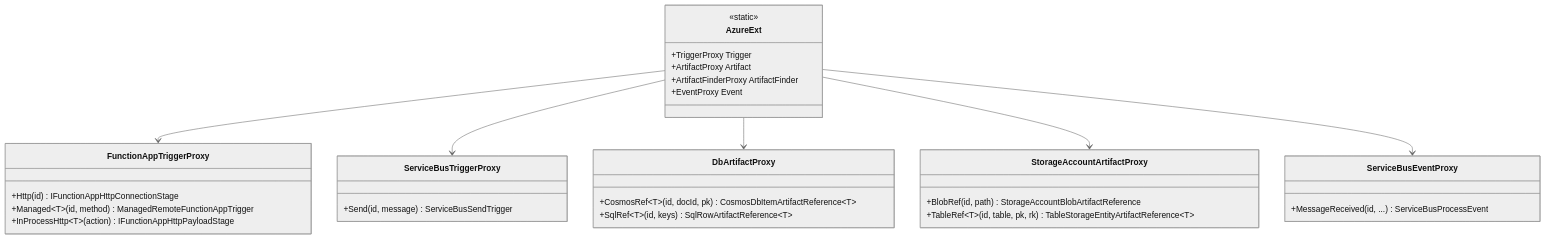
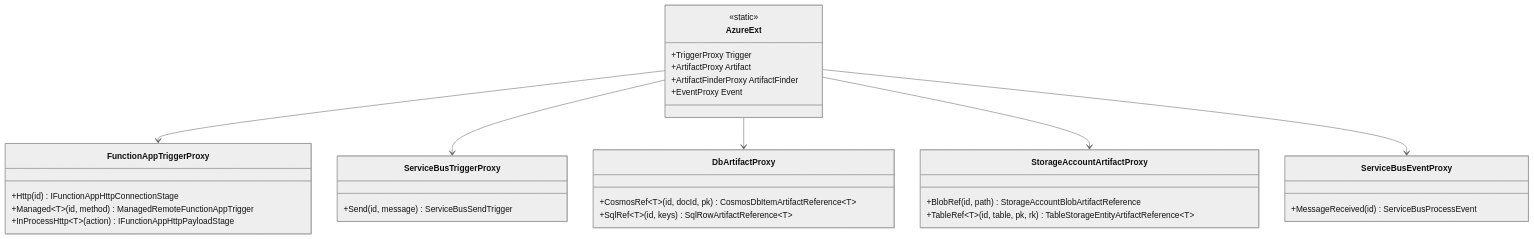
The fourth of 17 diagrams in Documentation/Arc42.md (DeadMoon0/TestFramework-Azure), drawn with Mermaid (neutral theme) before and after one commit. The commit also changed other lines of this file and 43 other files, not shown here.

````diff
--- a/Documentation/Arc42.md
+++ b/Documentation/Arc42.md
@@ -218,34 +218,34 @@
 ```mermaid
 classDiagram
     class AzureExt {
         <<static>>
         +TriggerProxy Trigger
         +ArtifactProxy Artifact
         +ArtifactFinderProxy ArtifactFinder
         +EventProxy Event
     }
     class FunctionAppTriggerProxy {
         +Http(id) IFunctionAppHttpConnectionStage
         +Managed~T~(id, method) ManagedRemoteFunctionAppTrigger
         +InProcessHttp~T~(action) IFunctionAppHttpPayloadStage
     }
     class ServiceBusTriggerProxy {
         +Send(id, message) ServiceBusSendTrigger
     }
     class DbArtifactProxy {
         +CosmosRef~T~(id, docId, pk) CosmosDbItemArtifactReference~T~
         +SqlRef~T~(id, keys) SqlRowArtifactReference~T~
     }
     class StorageAccountArtifactProxy {
         +BlobRef(id, path) StorageAccountBlobArtifactReference
         +TableRef~T~(id, table, pk, rk) TableStorageEntityArtifactReference~T~
     }
     class ServiceBusEventProxy {
-        +MessageReceived(id, ...) ServiceBusProcessEvent
+        +MessageReceived(id) ServiceBusProcessEvent
     }
     AzureExt --> FunctionAppTriggerProxy
     AzureExt --> ServiceBusTriggerProxy
     AzureExt --> DbArtifactProxy
     AzureExt --> StorageAccountArtifactProxy
     AzureExt --> ServiceBusEventProxy
 ```
````
